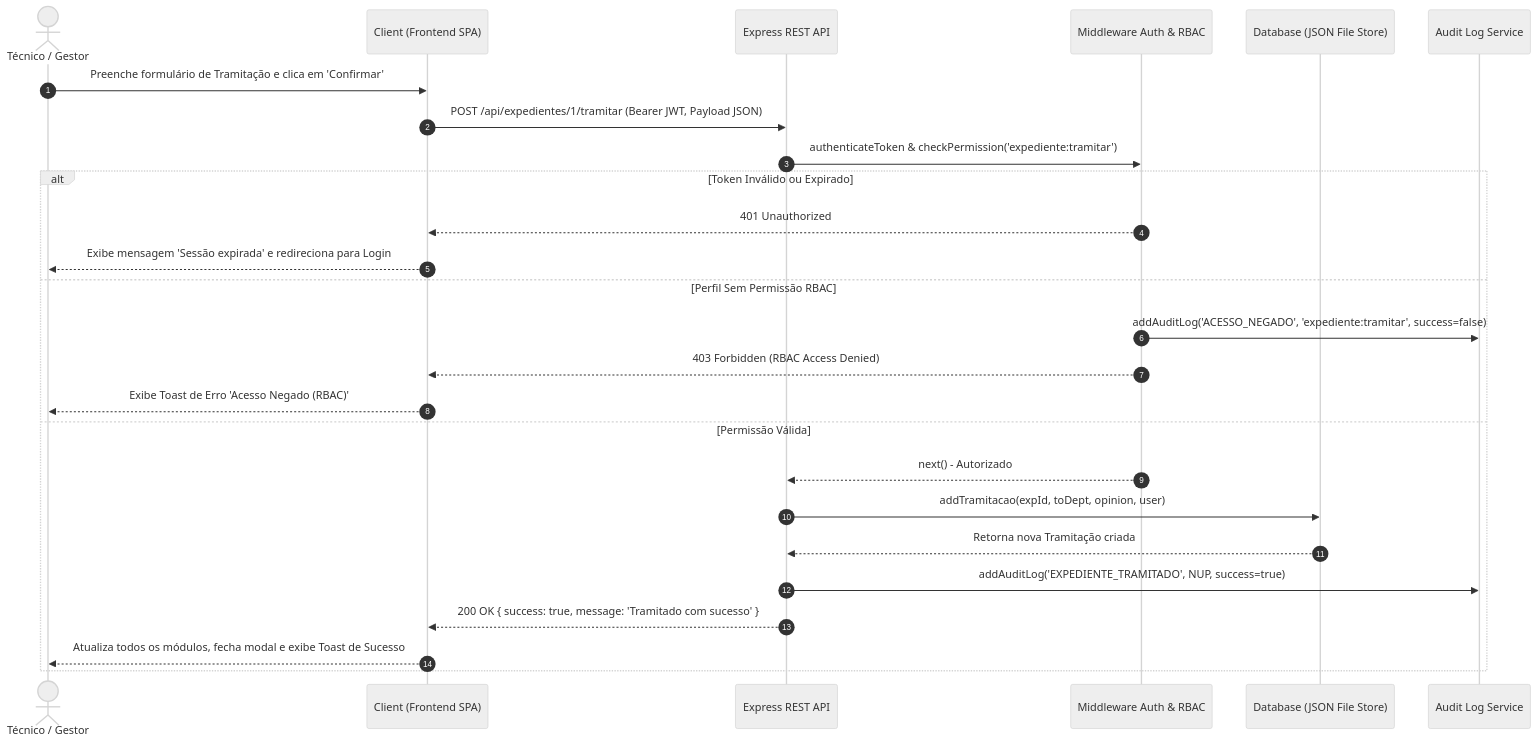
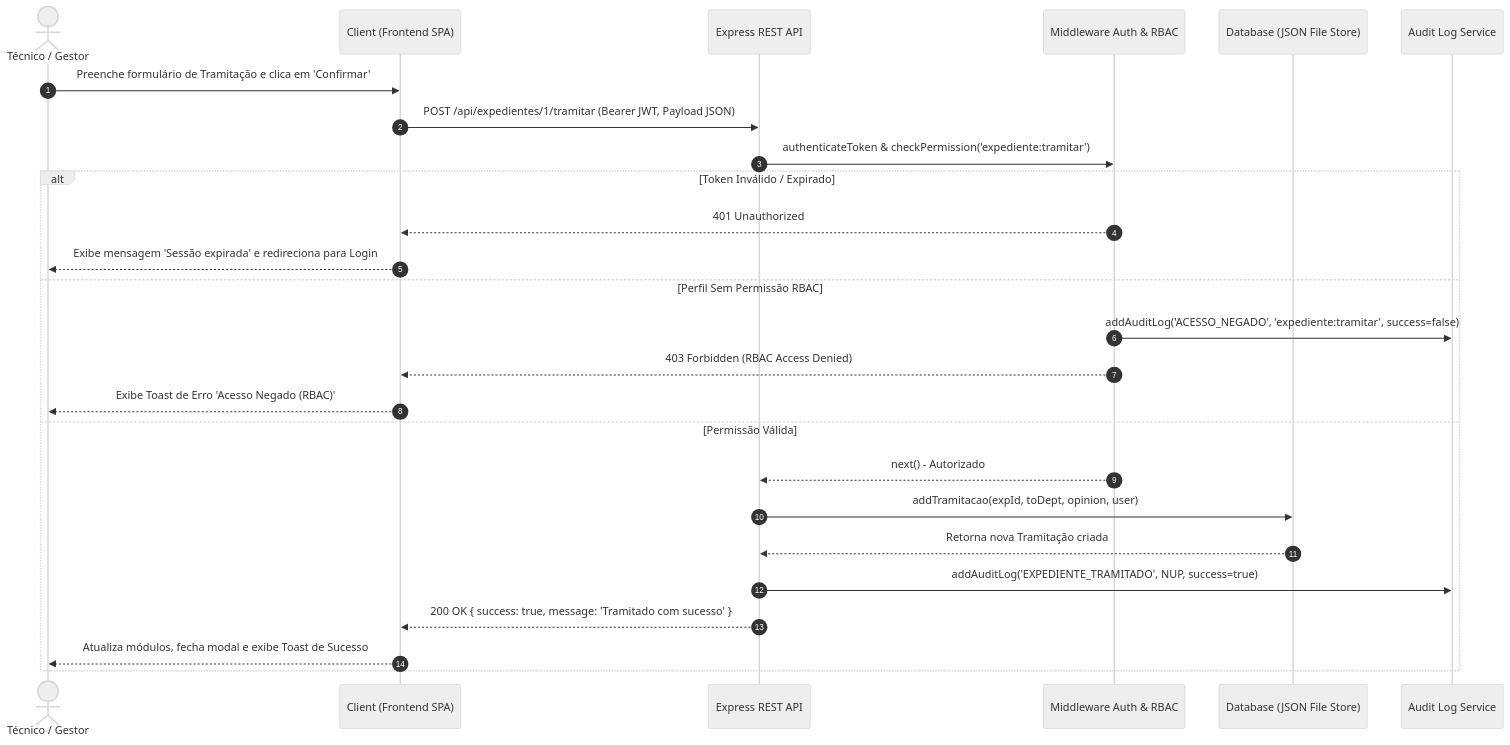
The fourth of 5 diagrams in docs/DOCUMENTACAO_TECNICA.md (AbreuPedro-Dev/SGE-RBAC-Sistema-de-Gestao-de-Expedientes), drawn with Mermaid (neutral theme) before and after one commit. The commit also changed other lines of this file, not shown here.

````diff
--- a/docs/DOCUMENTACAO_TECNICA.md
+++ b/docs/DOCUMENTACAO_TECNICA.md
@@ -377,30 +315,30 @@
 ```mermaid
 sequenceDiagram
   autonumber
   actor User as Técnico / Gestor
   participant SPA as Client (Frontend SPA)
   participant Server as Express REST API
   participant Auth as Middleware Auth & RBAC
   participant DB as Database (JSON File Store)
   participant Audit as Audit Log Service
 
   User->>SPA: Preenche formulário de Tramitação e clica em 'Confirmar'
   SPA->>Server: POST /api/expedientes/1/tramitar (Bearer JWT, Payload JSON)
   Server->>Auth: authenticateToken & checkPermission('expediente:tramitar')
   
-  alt Token Inválido ou Expirado
+  alt Token Inválido / Expirado
     Auth-->>SPA: 401 Unauthorized
     SPA-->>User: Exibe mensagem 'Sessão expirada' e redireciona para Login
   else Perfil Sem Permissão RBAC
     Auth->>Audit: addAuditLog('ACESSO_NEGADO', 'expediente:tramitar', success=false)
     Auth-->>SPA: 403 Forbidden (RBAC Access Denied)
     SPA-->>User: Exibe Toast de Erro 'Acesso Negado (RBAC)'
   else Permissão Válida
     Auth-->>Server: next() - Autorizado
     Server->>DB: addTramitacao(expId, toDept, opinion, user)
     DB-->>Server: Retorna nova Tramitação criada
     Server->>Audit: addAuditLog('EXPEDIENTE_TRAMITADO', NUP, success=true)
     Server-->>SPA: 200 OK { success: true, message: 'Tramitado com sucesso' }
-    SPA-->>User: Atualiza todos os módulos, fecha modal e exibe Toast de Sucesso
+    SPA-->>User: Atualiza módulos, fecha modal e exibe Toast de Sucesso
   end
 ```
````
